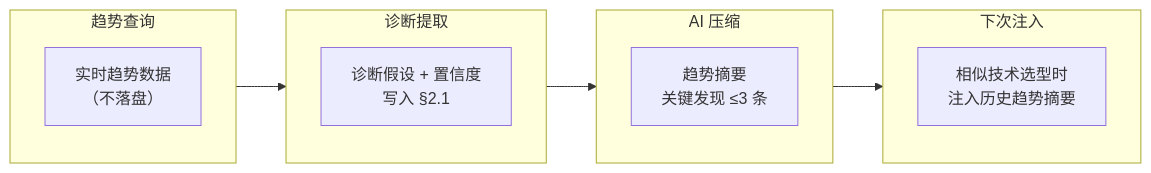
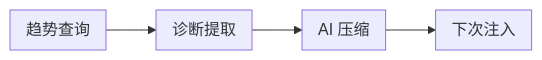
One commit to effiy/YrY changed the fourth of 4 diagrams in skills/rui-trends/SKILL.md. Above: the diagram before and after it, drawn with Mermaid. The commit also changed other lines of this file and 42 other files, not shown here.

First line of the commit message:
feat: apply Mermaid authoring rules (M1-M12) across entire codebase

````diff
--- a/skills/rui-trends/SKILL.md
+++ b/skills/rui-trends/SKILL.md
@@ -245,18 +256,19 @@
 ```mermaid
 flowchart LR
     subgraph 采集["趋势查询"]
-        RAW["实时趋势数据<br/>（不落盘）"]:::data
+        direction TB
     end
     subgraph 提取["诊断提取"]
-        DIAG["诊断假设 + 置信度<br/>写入 §2.1"]:::diag
+        direction TB
     end
     subgraph 压缩["AI 压缩"]
-        COMP["趋势摘要<br/>关键发现 ≤3 条"]:::comp
+        direction TB
     end
     subgraph 注入["下次注入"]
-        INJ["相似技术选型时<br/>注入历史趋势摘要"]:::inj
+        direction TB
     end
 
     采集 --> 提取 --> 压缩 --> 注入
 
+
 ```
````
